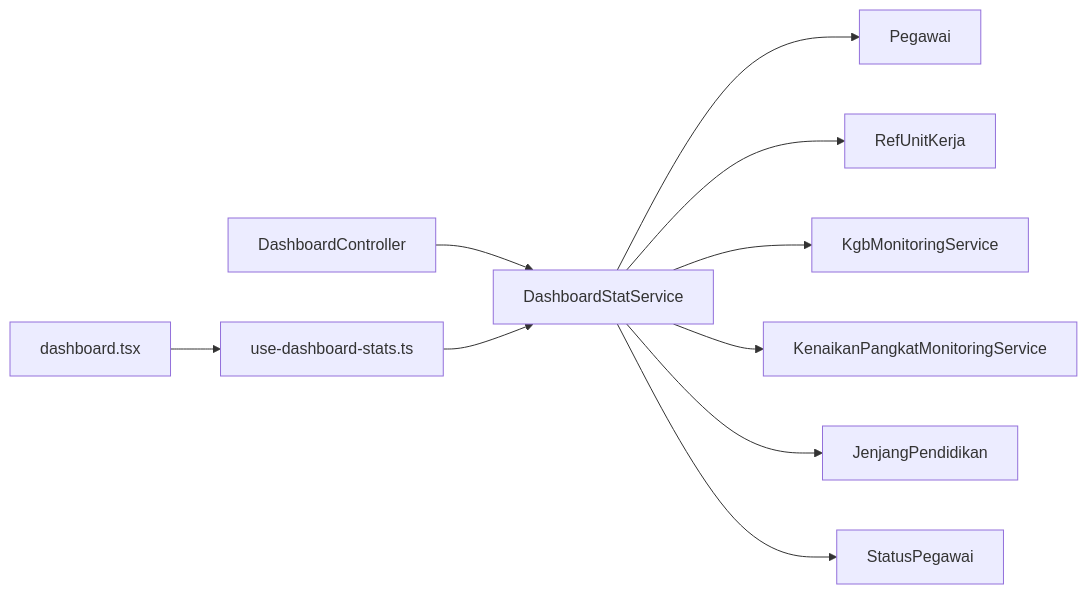
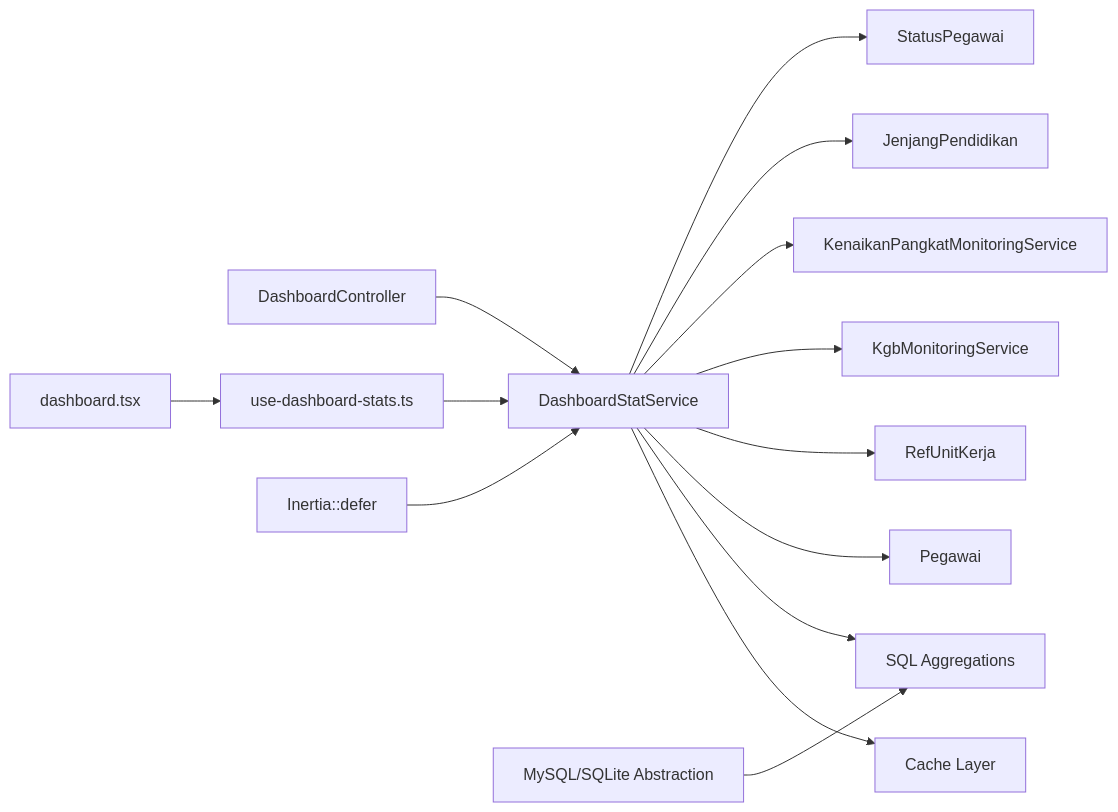
The fifth of 5 diagrams in .qoder/repowiki/en/content/Monitoring and Analytics System/Dashboard Analytics and Statistics.md (PA-Penajam/kepegawaian_apps), drawn with Mermaid before and after one commit. The commit also changed other lines of this file and 22 other files, not shown here.

````diff
--- a/.qoder/repowiki/en/content/Monitoring and Analytics System/Dashboard Analytics and Statistics.md
+++ b/.qoder/repowiki/en/content/Monitoring and Analytics System/Dashboard Analytics and Statistics.md
@@ -309,12 +397,16 @@
 ```mermaid
 graph LR
-DSS["DashboardStatService"] --> PM["Pegawai"]
+DSS["DashboardStatService"] --> CACHE["Cache Layer"]
+DSS --> SQL["SQL Aggregations"]
+DSS --> PM["Pegawai"]
 DSS --> RK["RefUnitKerja"]
 DSS --> KGB["KgbMonitoringService"]
 DSS --> KP["KenaikanPangkatMonitoringService"]
 DSS --> JP["JenjangPendidikan"]
 DSS --> SP["StatusPegawai"]
 DC["DashboardController"] --> DSS
 Page["dashboard.tsx"] --> Hook["use-dashboard-stats.ts"]
 Hook --> DSS
+Deferred["Inertia::defer"] --> DSS
+DBAbstraction["MySQL/SQLite Abstraction"] --> SQL
 ```
````
